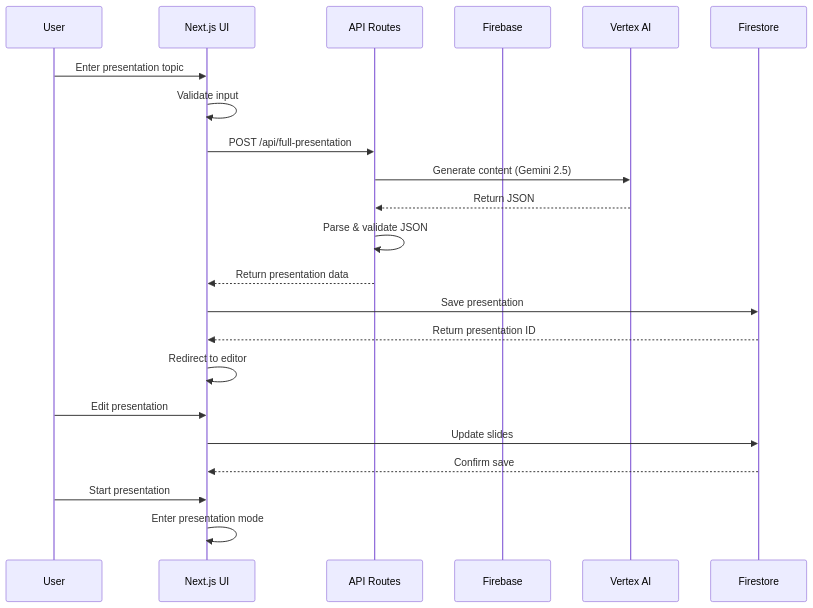
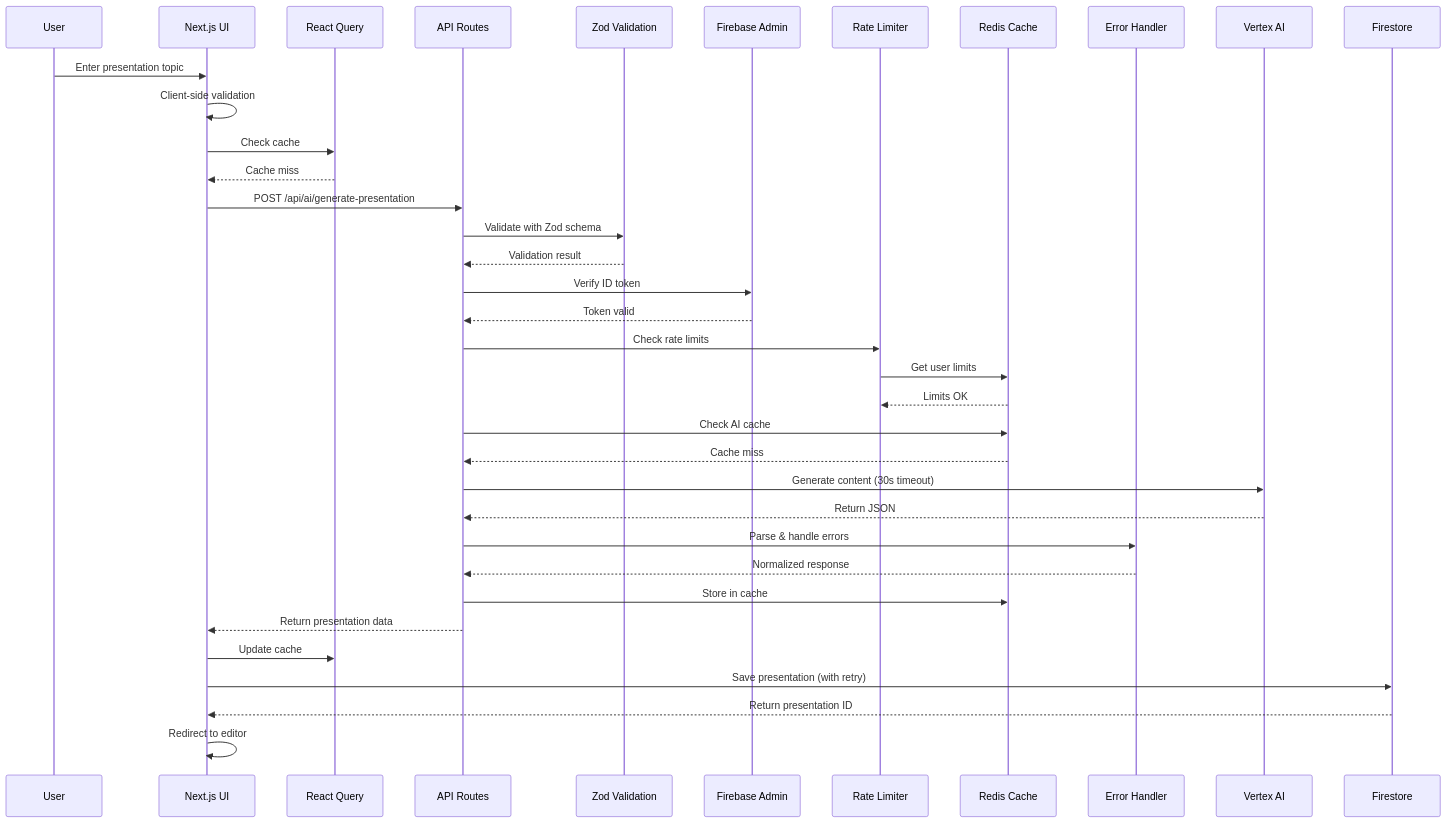
One commit to welshofer/phoenix-web changed the second of 11 diagrams in MERMAID.md. Above: the diagram before and after it, drawn with Mermaid. The commit also changed other lines of this file and 57 other files, not shown here.

````diff
--- a/MERMAID.md
+++ b/MERMAID.md
@@ -56,25 +77,47 @@
 ```mermaid
 sequenceDiagram
     participant U as User
     participant UI as Next.js UI
+    participant RQ as React Query
     participant API as API Routes
-    participant FB as Firebase
+    participant VAL as Zod Validation
+    participant AUTH as Firebase Admin
+    participant RL as Rate Limiter
+    participant CACHE as Redis Cache
+    participant ERR as Error Handler
     participant VAI as Vertex AI
     participant FS as Firestore
     
     U->>UI: Enter presentation topic
-    UI->>UI: Validate input
-    UI->>API: POST /api/full-presentation
-    API->>VAI: Generate content (Gemini 2.5)
+    UI->>UI: Client-side validation
+    UI->>RQ: Check cache
+    RQ-->>UI: Cache miss
+    UI->>API: POST /api/ai/generate-presentation
+    
+    API->>VAL: Validate with Zod schema
+    VAL-->>API: Validation result
+    
+    API->>AUTH: Verify ID token
+    AUTH-->>API: Token valid
+    
+    API->>RL: Check rate limits
+    RL->>CACHE: Get user limits
+    CACHE-->>RL: Limits OK
+    
+    API->>CACHE: Check AI cache
+    CACHE-->>API: Cache miss
+    
+    API->>VAI: Generate content (30s timeout)
     VAI-->>API: Return JSON
-    API->>API: Parse & validate JSON
+    
+    API->>ERR: Parse & handle errors
+    ERR-->>API: Normalized response
+    
+    API->>CACHE: Store in cache
     API-->>UI: Return presentation data
-    UI->>FS: Save presentation
+    
+    UI->>RQ: Update cache
+    UI->>FS: Save presentation (with retry)
     FS-->>UI: Return presentation ID
     UI->>UI: Redirect to editor
-    U->>UI: Edit presentation
-    UI->>FS: Update slides
-    FS-->>UI: Confirm save
-    U->>UI: Start presentation
-    UI->>UI: Enter presentation mode
 ```
````
